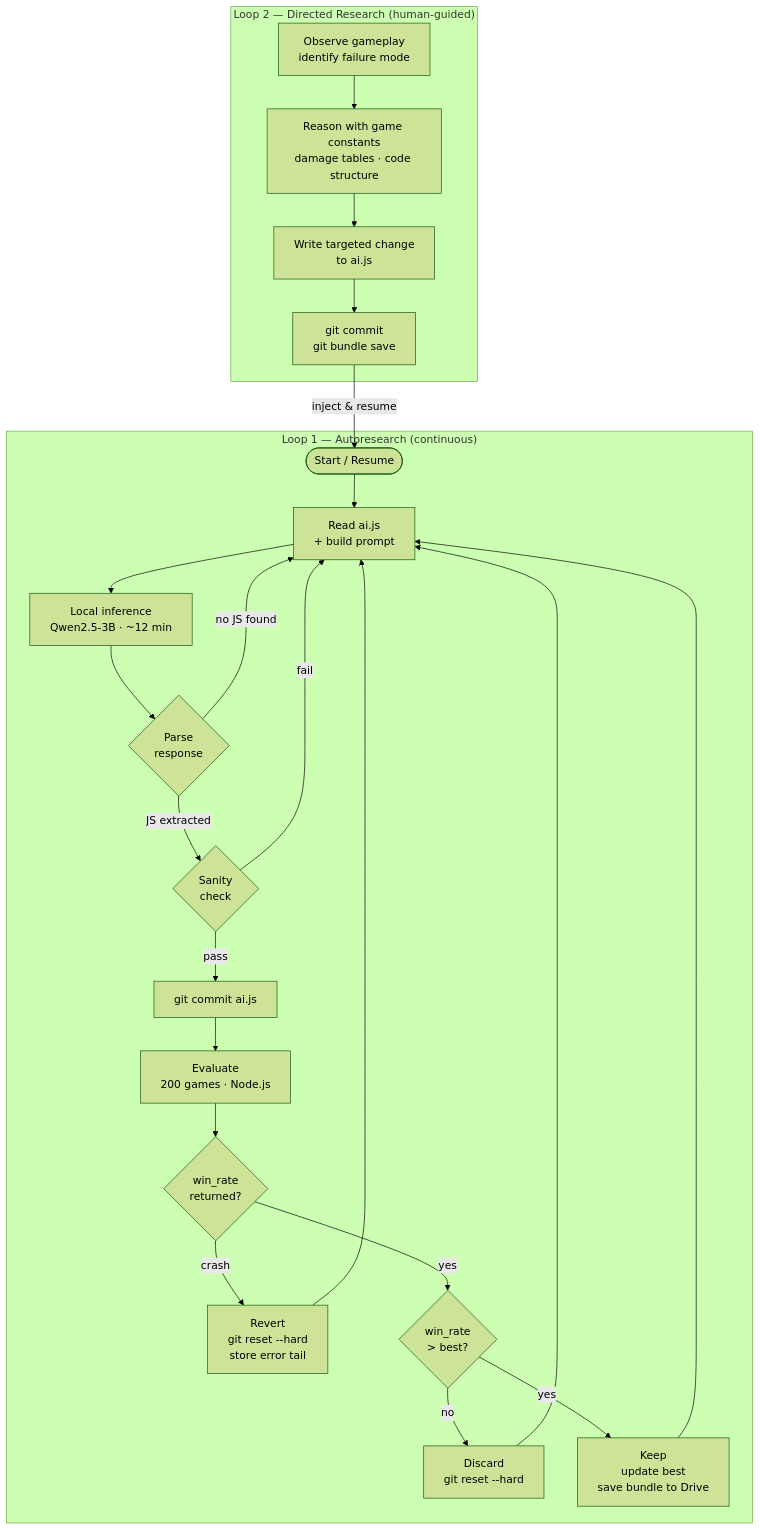
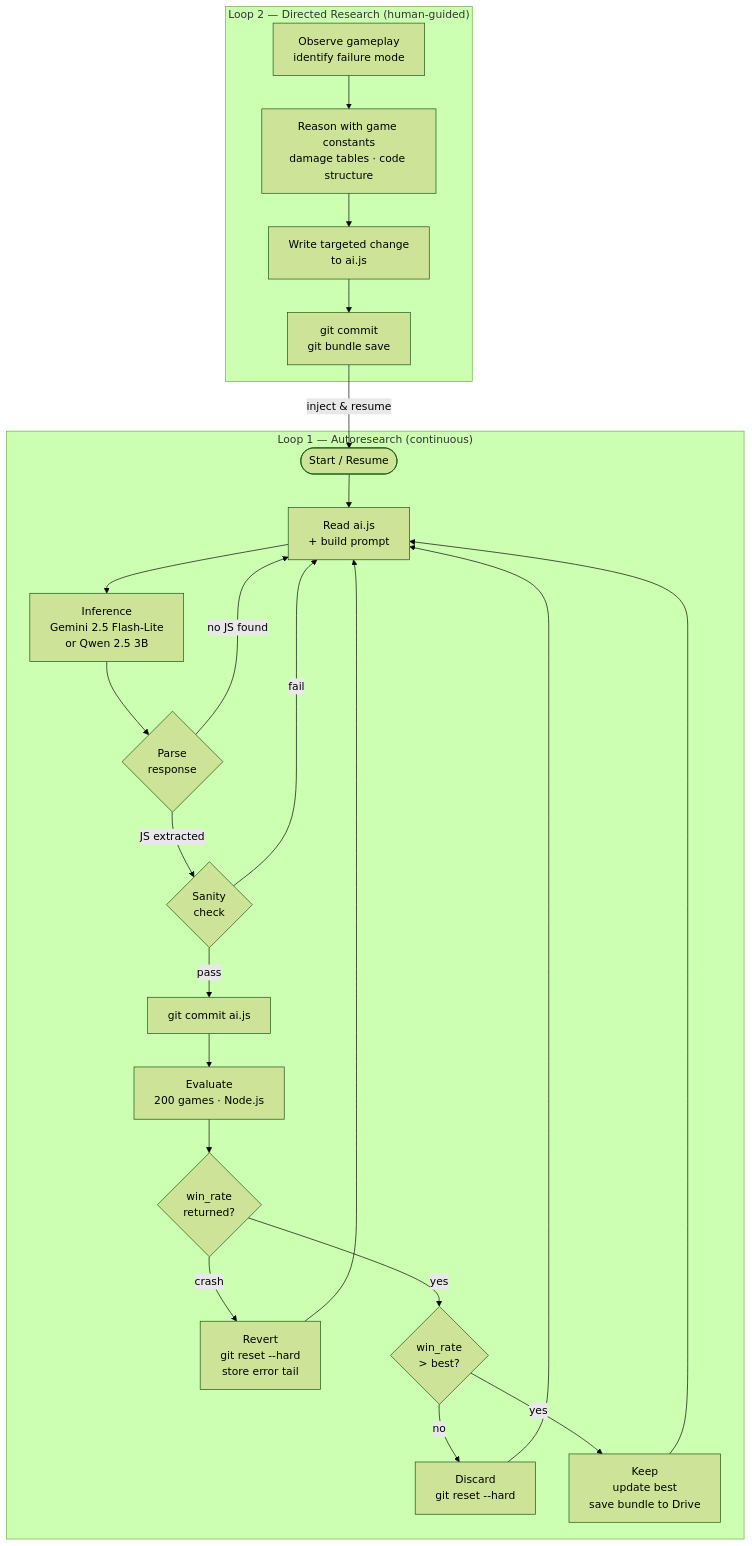
The diagram in README.md (bob-friedman/ai-game-learning-rl), drawn with Mermaid (forest theme) before and after one commit. The commit also changed other lines of this file and 2 other files, not shown here.

First line of the commit message:
Update Autoresearch documentation and notebook to reflect switch to Gemini 2.5 Flash-Lite

````diff
--- a/README.md
+++ b/README.md
@@ -175,30 +175,30 @@
 ```mermaid
 flowchart TD
     subgraph L1["Loop 1 — Autoresearch (continuous)"]
         A([Start / Resume]) --> B[Read ai.js<br/>+ build prompt]
-        B --> C["Local inference<br/>Qwen2.5-3B · ~12 min"]
+        B --> C["Inference<br/>Gemini 2.5 Flash-Lite<br/>or Qwen 2.5 3B"]
         C --> D{Parse<br/>response}
         D -- "no JS found" --> B
         D -- "JS extracted" --> E{Sanity<br/>check}
         E -- fail --> B
         E -- pass --> F[git commit ai.js]
         F --> G["Evaluate<br/>200 games · Node.js"]
         G --> H{"win_rate<br/>returned?"}
         H -- crash --> I["Revert<br/>git reset --hard<br/>store error tail"]
         I --> B
         H -- yes --> J{"win_rate<br/>> best?"}
         J -- no --> K["Discard<br/>git reset --hard"]
         K --> B
         J -- yes --> L["Keep<br/>update best<br/>save bundle to Drive"]
         L --> B
     end
 
     subgraph L2["Loop 2 — Directed Research (human-guided)"]
         M["Observe gameplay<br/>identify failure mode"]
         M --> N["Reason with game constants<br/>damage tables · code structure"]
         N --> O["Write targeted change<br/>to ai.js"]
         O --> P[git commit<br/>git bundle save]
     end
 
     P -- "inject & resume" --> A
 ```
````
